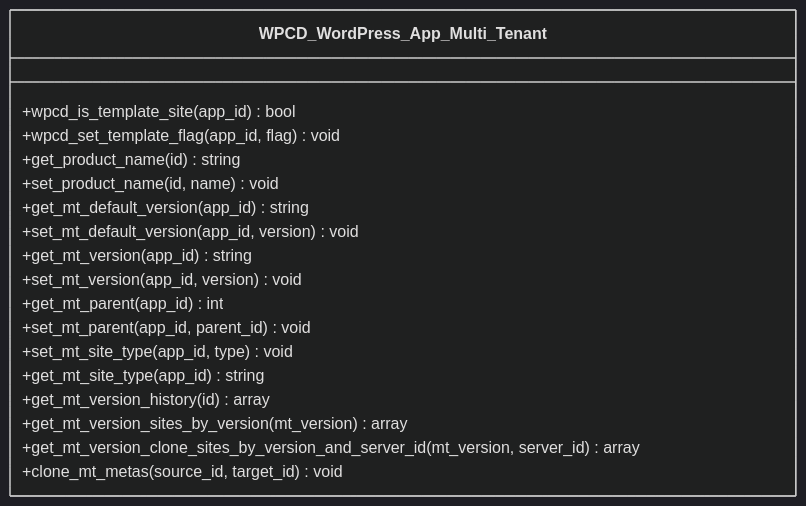
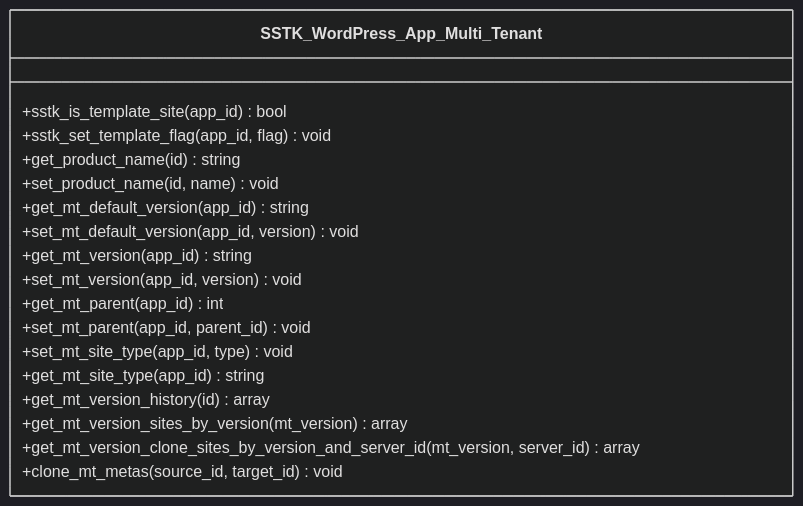
The third of 7 diagrams in .qoder/repowiki/en/content/WordPress Application Engine/Customization & Extension Points/Multi-Tenant Architecture & Site Isolation.md (onedogsolutions/simple-stack), drawn with Mermaid (dark theme) before and after one commit. The commit also changed other lines of this file and 5941 other files, not shown here.

````diff
--- a/.qoder/repowiki/en/content/WordPress Application Engine/Customization & Extension Points/Multi-Tenant Architecture & Site Isolation.md
+++ b/.qoder/repowiki/en/content/WordPress Application Engine/Customization & Extension Points/Multi-Tenant Architecture & Site Isolation.md
@@ -123,21 +123,21 @@
 ```mermaid
 classDiagram
-class WPCD_WordPress_App_Multi_Tenant {
-+wpcd_is_template_site(app_id) bool
-+wpcd_set_template_flag(app_id, flag) void
+class SSTK_WordPress_App_Multi_Tenant {
++sstk_is_template_site(app_id) bool
++sstk_set_template_flag(app_id, flag) void
 +get_product_name(id) string
 +set_product_name(id, name) void
 +get_mt_default_version(app_id) string
 +set_mt_default_version(app_id, version) void
 +get_mt_version(app_id) string
 +set_mt_version(app_id, version) void
 +get_mt_parent(app_id) int
 +set_mt_parent(app_id, parent_id) void
 +set_mt_site_type(app_id, type) void
 +get_mt_site_type(app_id) string
 +get_mt_version_history(id) array
 +get_mt_version_sites_by_version(mt_version) array
 +get_mt_version_clone_sites_by_version_and_server_id(mt_version, server_id) array
 +clone_mt_metas(source_id, target_id) void
 }
 ```
````
